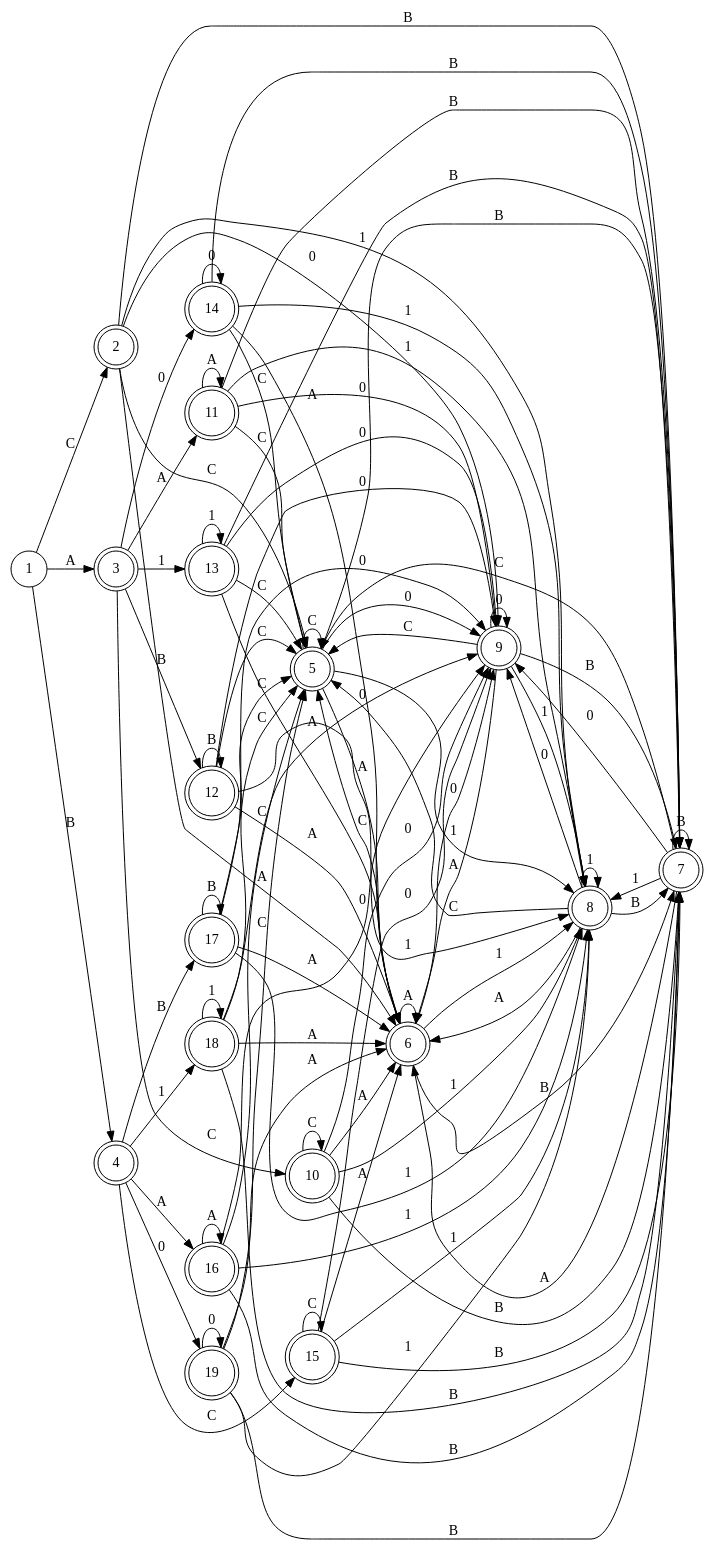
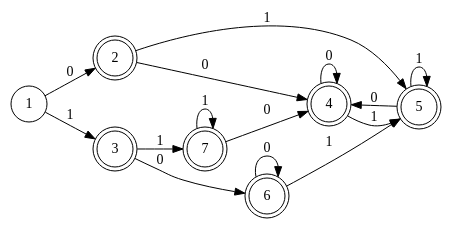
One commit to Josrodjr/lenguajes_proyecto2 changed the diagram in graphs/graph.gv. Above: the diagram before and after it, drawn with Graphviz. The commit also changed 9 other files, not shown here.

```diff
--- a/graphs/graph.gv
+++ b/graphs/graph.gv
@@ -1,116 +1,25 @@
 digraph "graph" {
 	rankdir=LR size=105
 	node [shape=doublecircle]
 	2
 	3
 	4
 	5
 	6
 	7
-	8
-	9
-	10
-	11
-	12
-	13
-	14
-	15
-	16
-	17
-	18
-	19
 	node [shape=circle]
-	1 -> 2 [label=C]
-	1 -> 3 [label=A]
-	1 -> 4 [label=B]
-	2 -> 5 [label=C]
-	2 -> 6 [label=A]
-	2 -> 7 [label=B]
-	2 -> 8 [label=1]
-	2 -> 9 [label=0]
-	3 -> 10 [label=C]
-	3 -> 11 [label=A]
-	3 -> 12 [label=B]
-	3 -> 13 [label=1]
-	3 -> 14 [label=0]
-	4 -> 15 [label=C]
-	4 -> 16 [label=A]
-	4 -> 17 [label=B]
-	4 -> 18 [label=1]
-	4 -> 19 [label=0]
-	5 -> 5 [label=C]
-	5 -> 6 [label=A]
-	5 -> 7 [label=B]
-	5 -> 8 [label=1]
-	5 -> 9 [label=0]
-	6 -> 5 [label=C]
-	6 -> 6 [label=A]
-	6 -> 7 [label=B]
-	6 -> 8 [label=1]
-	6 -> 9 [label=0]
-	7 -> 5 [label=C]
-	7 -> 6 [label=A]
-	7 -> 7 [label=B]
-	7 -> 8 [label=1]
-	7 -> 9 [label=0]
-	8 -> 5 [label=C]
-	8 -> 6 [label=A]
-	8 -> 7 [label=B]
-	8 -> 8 [label=1]
-	8 -> 9 [label=0]
-	9 -> 5 [label=C]
-	9 -> 6 [label=A]
-	9 -> 7 [label=B]
-	9 -> 8 [label=1]
-	9 -> 9 [label=0]
-	10 -> 10 [label=C]
-	10 -> 6 [label=A]
-	10 -> 7 [label=B]
-	10 -> 8 [label=1]
-	10 -> 9 [label=0]
-	11 -> 5 [label=C]
-	11 -> 11 [label=A]
-	11 -> 7 [label=B]
-	11 -> 8 [label=1]
-	11 -> 9 [label=0]
-	12 -> 5 [label=C]
-	12 -> 6 [label=A]
-	12 -> 12 [label=B]
-	12 -> 8 [label=1]
-	12 -> 9 [label=0]
-	13 -> 5 [label=C]
-	13 -> 6 [label=A]
-	13 -> 7 [label=B]
-	13 -> 13 [label=1]
-	13 -> 9 [label=0]
-	14 -> 5 [label=C]
-	14 -> 6 [label=A]
-	14 -> 7 [label=B]
-	14 -> 8 [label=1]
-	14 -> 14 [label=0]
-	15 -> 15 [label=C]
-	15 -> 6 [label=A]
-	15 -> 7 [label=B]
-	15 -> 8 [label=1]
-	15 -> 9 [label=0]
-	16 -> 5 [label=C]
-	16 -> 16 [label=A]
-	16 -> 7 [label=B]
-	16 -> 8 [label=1]
-	16 -> 9 [label=0]
-	17 -> 5 [label=C]
-	17 -> 6 [label=A]
-	17 -> 17 [label=B]
-	17 -> 8 [label=1]
-	17 -> 9 [label=0]
-	18 -> 5 [label=C]
-	18 -> 6 [label=A]
-	18 -> 7 [label=B]
-	18 -> 18 [label=1]
-	18 -> 9 [label=0]
-	19 -> 5 [label=C]
-	19 -> 6 [label=A]
-	19 -> 7 [label=B]
-	19 -> 8 [label=1]
-	19 -> 19 [label=0]
+	1 -> 2 [label=0]
+	1 -> 3 [label=1]
+	2 -> 4 [label=0]
+	2 -> 5 [label=1]
+	3 -> 6 [label=0]
+	3 -> 7 [label=1]
+	4 -> 4 [label=0]
+	4 -> 5 [label=1]
+	5 -> 4 [label=0]
+	5 -> 5 [label=1]
+	6 -> 6 [label=0]
+	6 -> 5 [label=1]
+	7 -> 4 [label=0]
+	7 -> 7 [label=1]
 }
```
